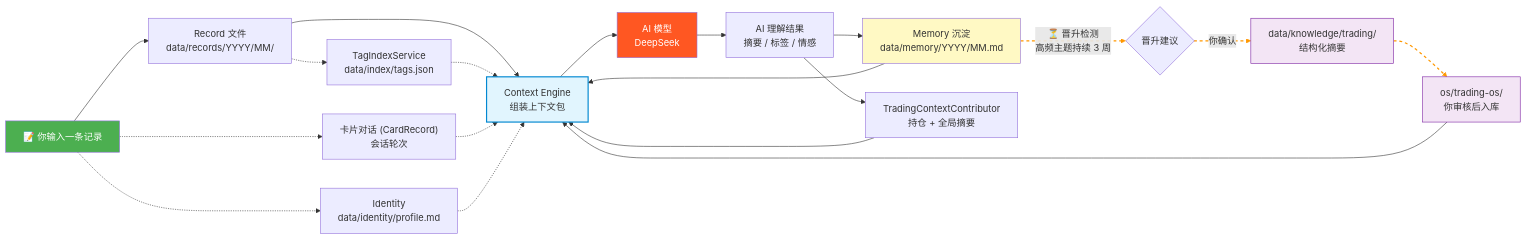
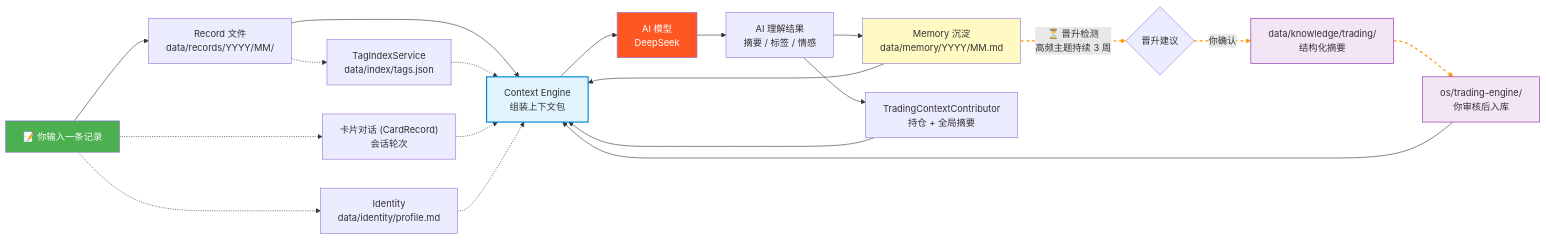
The fourth of 4 diagrams in docs/architecture/system-architecture.md (adaios/adaios), drawn with Mermaid before and after one commit. The commit also changed other lines of this file and 545 other files, not shown here.

First line of the commit message:
refactor(os): trading-os 改名 trading-engine——交易引擎独立身份（阶段0d）

````diff
--- a/docs/architecture/system-architecture.md
+++ b/docs/architecture/system-architecture.md
@@ -228,39 +228,39 @@
 ```mermaid
 flowchart LR
     Input["📝 你输入一条记录"] --> Record["Record 文件<br/>data/records/YYYY/MM/"]
     Record --> Context["Context Engine<br/>组装上下文包"]
     Context --> AI["AI 模型<br/>DeepSeek"]
     AI --> Understand["AI 理解结果<br/>摘要 / 标签 / 情感"]
     Understand --> Memory["Memory 沉淀<br/>data/memory/YYYY/MM.md"]
 
     Memory --> Context
 
     Memory -.->|"⏳ 晋升检测<br/>高频主题持续 3 周"| Graduation{"晋升建议"}
     Graduation -->|你确认| Knowledge["data/knowledge/trading/<br/>结构化摘要"]
-    Knowledge --> DomainOS["os/trading-os/<br/>你审核后入库"]
+    Knowledge --> DomainOS["os/trading-engine/<br/>你审核后入库"]
     DomainOS --> Context
 
     %% 反哺闭环
     Understand --> Trading["TradingContextContributor<br/>持仓 + 全局摘要"]
     Trading --> Context
 
     %% 标注
     Record -.-> TagIndex["TagIndexService<br/>data/index/tags.json"]
     TagIndex -.-> Context
 
     Input -.-> Card["卡片对话 (CardRecord)<br/>会话轮次"]
     Card -.-> Context
 
     Input -.-> IdentityFile["Identity<br/>data/identity/profile.md"]
     IdentityFile -.-> Context
 
     %% 样式
     style Input fill:#4caf50,color:#fff
     style AI fill:#ff5722,color:#fff
     style Context fill:#e1f5fe,stroke:#0288d1,stroke-width:2px
     style Memory fill:#fff9c4
     style Knowledge fill:#f3e5f5,stroke:#7b1fa2
     style DomainOS fill:#f3e5f5,stroke:#7b1fa2
 
     linkStyle 6,7,8 stroke:#ff9800,stroke-width:2px,stroke-dasharray: 5 5;
 ```
````
